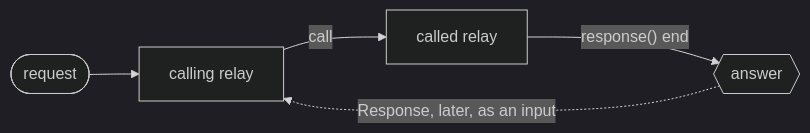
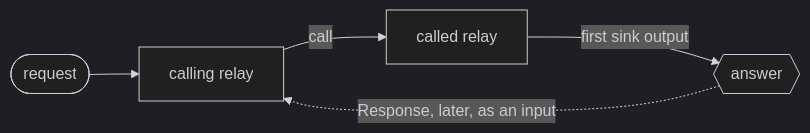
Before and after one commit to Flezha/flezha: the diagram in priv/ai_kit/docs/relay_calls.md, drawn with Mermaid (dark theme). The commit also changed other lines of this file and 89 other files, not shown here.

First line of the commit message:
Answer calls through outputs instead of response()

````diff
--- a/priv/ai_kit/docs/relay_calls.md
+++ b/priv/ai_kit/docs/relay_calls.md
@@ -22,7 +22,7 @@
 ```mermaid
 flowchart LR
     P(["request"]) --> G["calling relay"]
     G -->|"call"| S["called relay"]
-    S -->|"response() end"| A{{"answer"}}
+    S -->|"first sink output"| A{{"answer"}}
     A -.->|"Response, later, as an input"| G
 ```
````
